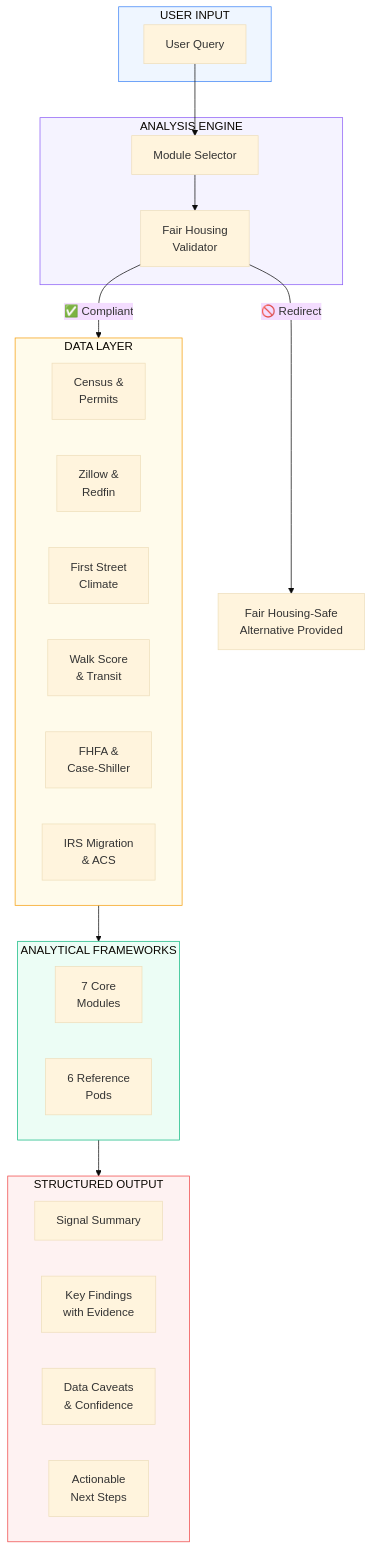
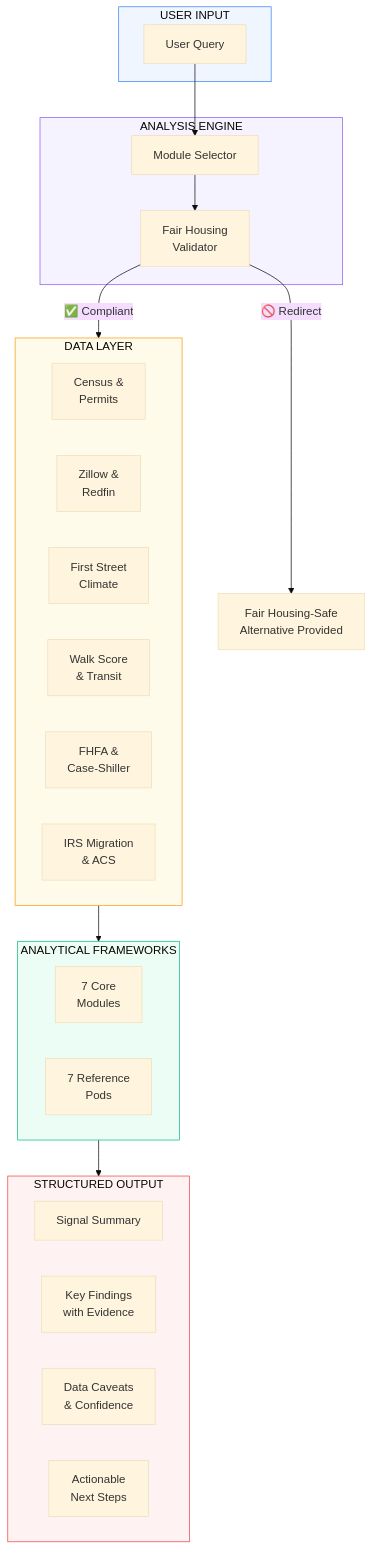
One commit to dougdevitre/access-to-housing changed the third of 10 diagrams in README.md. Above: the diagram before and after it, drawn with Mermaid (base theme). The commit also changed other lines of this file, not shown here.

First line of the commit message:
Clean up README: remove expanding subtopic diagram, fix stale references

````diff
--- a/README.md
+++ b/README.md
@@ -237,47 +202,47 @@
 ```mermaid
 flowchart TB
     subgraph INPUT ["USER INPUT"]
         Q["User Query"]
     end
 
     subgraph ENGINE ["ANALYSIS ENGINE"]
         MS["Module Selector"]
         FH["Fair Housing\nValidator"]
     end
 
     subgraph DATA ["DATA LAYER"]
         direction LR
         D1["Census &\nPermits"]
         D2["Zillow &\nRedfin"]
         D3["First Street\nClimate"]
         D4["Walk Score\n& Transit"]
         D5["FHFA &\nCase-Shiller"]
         D6["IRS Migration\n& ACS"]
     end
 
     subgraph ANALYSIS ["ANALYTICAL FRAMEWORKS"]
         direction LR
         CORE["7 Core\nModules"]
-        PODS["6 Reference\nPods"]
+        PODS["7 Reference\nPods"]
     end
 
     subgraph OUTPUT ["STRUCTURED OUTPUT"]
         SIG["Signal Summary"]
         FIND["Key Findings\nwith Evidence"]
         CAV["Data Caveats\n& Confidence"]
         NEXT["Actionable\nNext Steps"]
     end
 
     Q --> MS
     MS --> FH
     FH -->|"✅ Compliant"| DATA
     FH -->|"🚫 Redirect"| RD["Fair Housing-Safe\nAlternative Provided"]
     DATA --> ANALYSIS
     ANALYSIS --> OUTPUT
 
     style INPUT fill:#eff6ff,stroke:#3b82f6
     style ENGINE fill:#f5f3ff,stroke:#8b5cf6
     style DATA fill:#fffbeb,stroke:#f59e0b
     style ANALYSIS fill:#ecfdf5,stroke:#10b981
     style OUTPUT fill:#fef2f2,stroke:#ef4444
 ```
````
